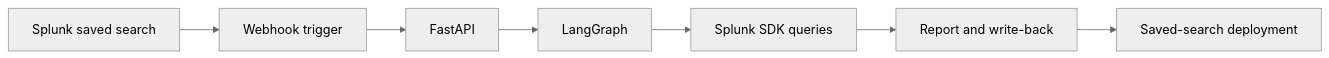
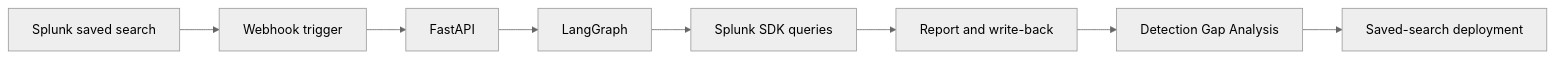
One commit to Asembris/splunk-sentinel changed the second of 5 diagrams in architecture_diagram.md. Above: the diagram before and after it, drawn with Mermaid (neutral theme). The commit also changed other lines of this file, not shown here.

Commit message:
docs: polish architecture diagram

````diff
--- a/architecture_diagram.md
+++ b/architecture_diagram.md
@@ -52,17 +52,19 @@
 ```mermaid
 flowchart LR
     SavedSearch["Splunk saved search"]
     Webhook["Webhook trigger"]
     API["FastAPI"]
     Graph["LangGraph"]
     SDK["Splunk SDK queries"]
     Report["Report and write-back"]
+    Gaps["Detection Gap Analysis"]
     Deploy["Saved-search deployment"]
 
     SavedSearch --> Webhook
     Webhook --> API
     API --> Graph
     Graph --> SDK
     SDK --> Report
-    Report --> Deploy
+    Report --> Gaps
+    Gaps --> Deploy
 ```
````
